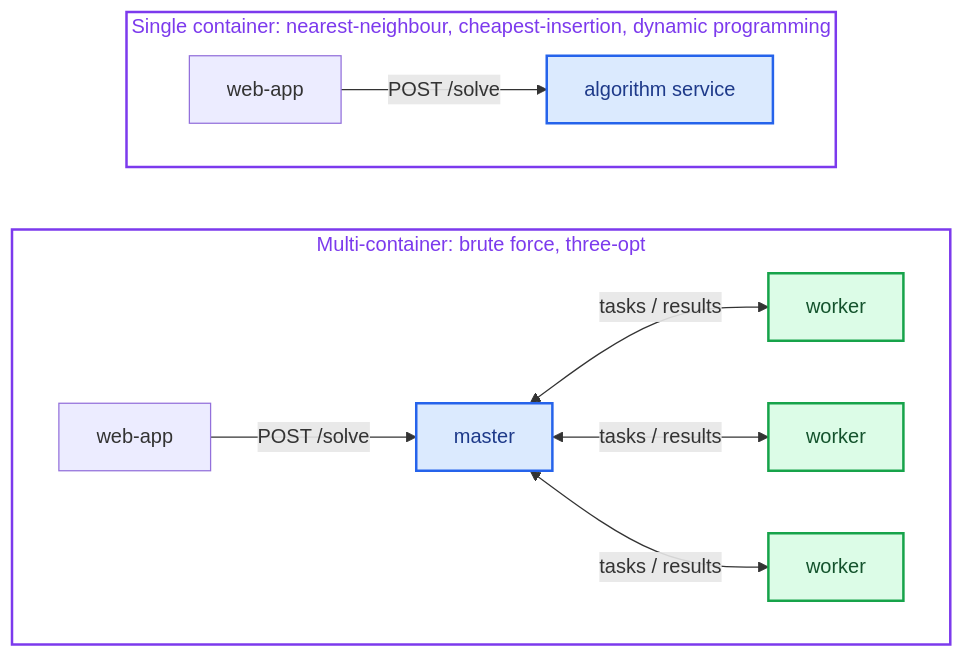
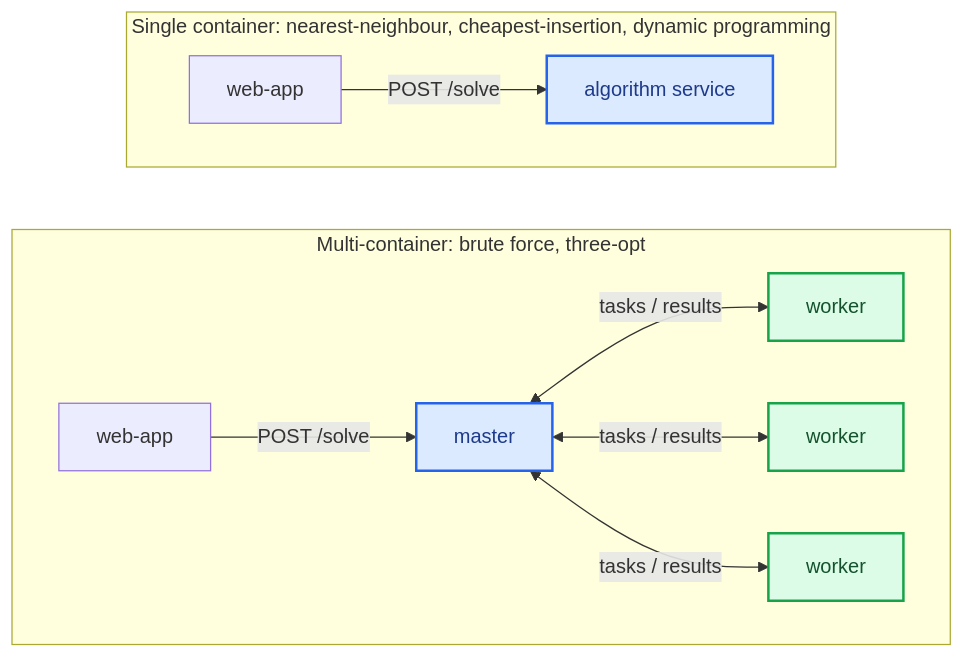
The diagram in README.md (jadamsx/containerised-tsp), drawn with Mermaid before and after one commit.

Commit message:
docs: drop the frame colours

````diff
--- a/README.md
+++ b/README.md
@@ -15,18 +15,16 @@
 ```mermaid
 flowchart LR
   subgraph multi["Multi-container: brute force, three-opt"]
     direction LR
     B["web-app"] -->|"POST /solve"| M["master"]:::solver
     M <-->|"tasks / results"| W1["worker"]:::worker
     M <-->|"tasks / results"| W2["worker"]:::worker
     M <-->|"tasks / results"| W3["worker"]:::worker
   end
   subgraph single["Single container: nearest-neighbour, cheapest-insertion, dynamic programming"]
     direction LR
     A["web-app"] -->|"POST /solve"| S["algorithm service"]:::solver
   end
-  style single fill:none,stroke:#7c3aed,stroke-width:2px,color:#7c3aed
-  style multi fill:none,stroke:#7c3aed,stroke-width:2px,color:#7c3aed
   classDef solver fill:#dbeafe,stroke:#2563eb,stroke-width:2px,color:#1e3a8a
   classDef worker fill:#dcfce7,stroke:#16a34a,stroke-width:2px,color:#14532d
 ```
````
